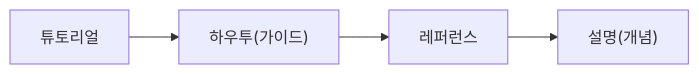
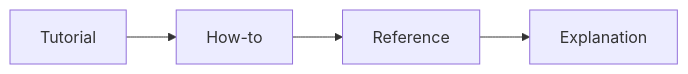
The diagram in content/software-engineering-101/ko/07-documentation.md (yeongseon-books/book-content), drawn with Mermaid before and after one commit. The commit also changed other lines of this file and 9 other files, not shown here.

````diff
--- a/content/software-engineering-101/ko/07-documentation.md
+++ b/content/software-engineering-101/ko/07-documentation.md
@@ -36,6 +50,6 @@
 ```mermaid
 flowchart LR
-    T["튜토리얼"] --> H["하우투(가이드)"]
-    H --> R["레퍼런스"]
-    R --> E["설명(개념)"]
+    T["Tutorial"] --> H["How-to"]
+    H --> R["Reference"]
+    R --> E["Explanation"]
 ```
````
